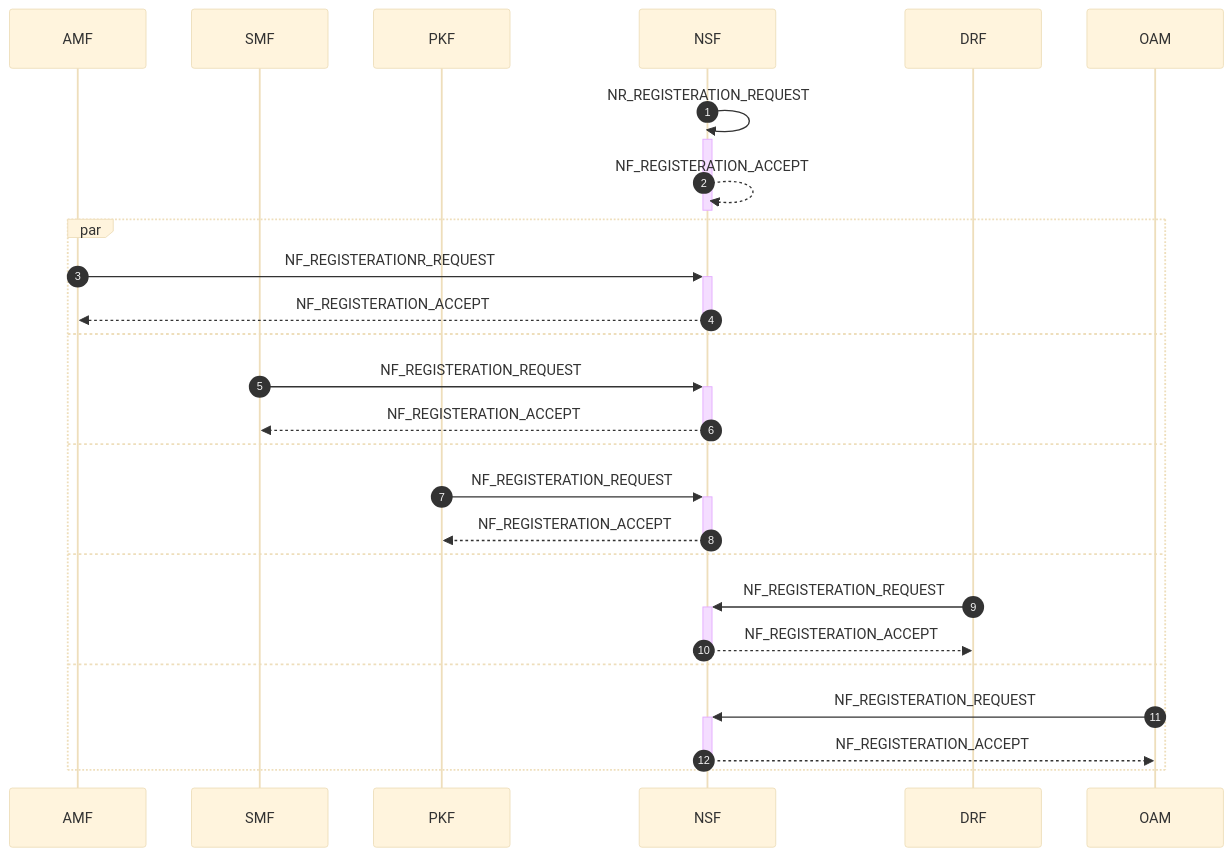
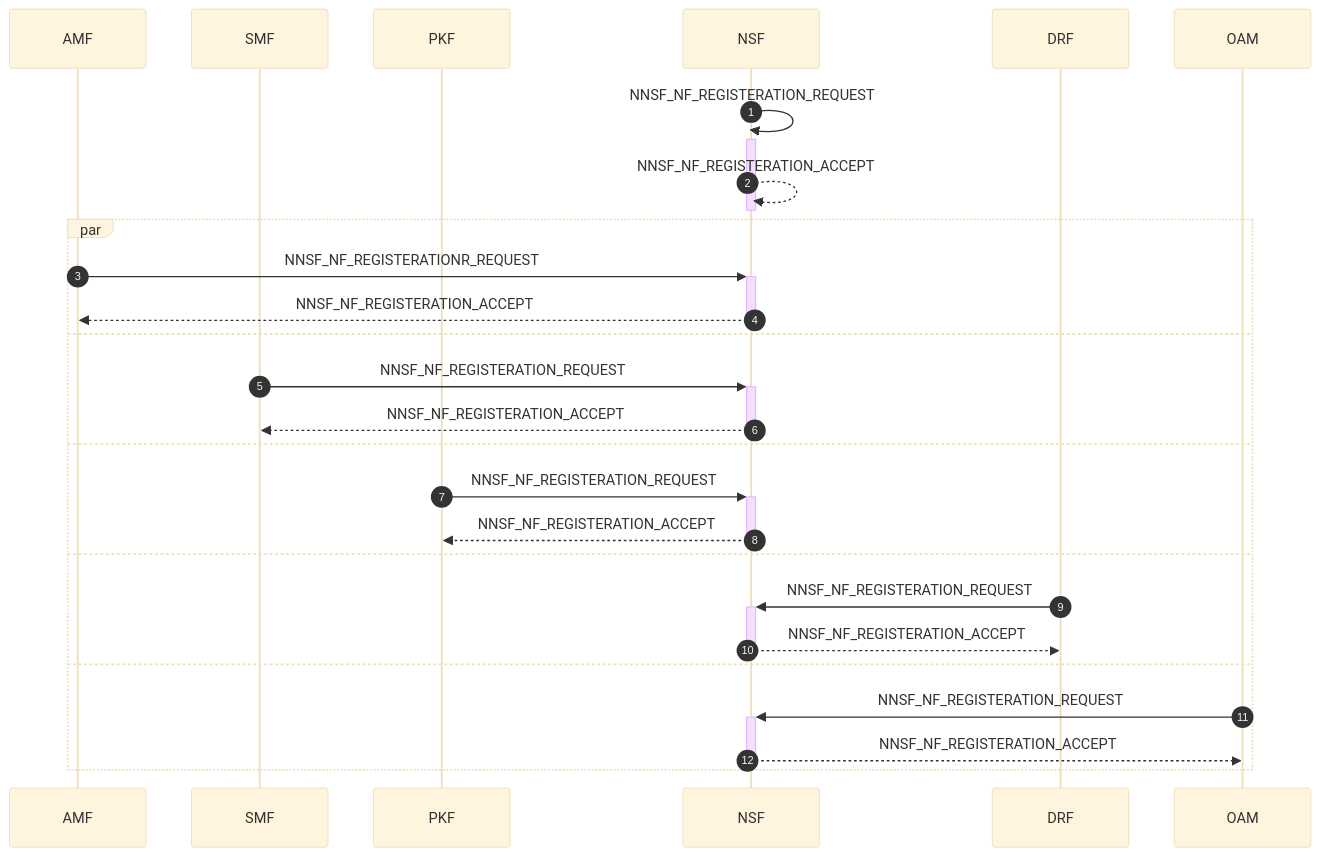
Before and after one commit to veil-link/veilink: the first of 8 diagrams in doc/doc-spec/00-series-general/00.002-procedure.md, drawn with Mermaid (base theme). The commit also changed other lines of this file and 1 other file, not shown here.

````diff
--- a/doc/doc-spec/00-series-general/00.002-procedure.md
+++ b/doc/doc-spec/00-series-general/00.002-procedure.md
@@ -7,31 +7,31 @@
 ```mermaid
 sequenceDiagram
     autonumber
 
     participant amf as AMF
     participant smf as SMF
     participant pkf as PKF
     participant nsf as NSF
     participant drf as DRF
     participant oam as OAM
 
-    nsf ->>+ nsf:NR_REGISTERATION_REQUEST
-    nsf -->>- nsf:NF_REGISTERATION_ACCEPT
+    nsf ->>+ nsf: NNSF_NF_REGISTERATION_REQUEST
+    nsf -->>- nsf: NNSF_NF_REGISTERATION_ACCEPT
 
     par
-        amf ->>+ nsf:NF_REGISTERATIONR_REQUEST
-        nsf -->>- amf:NF_REGISTERATION_ACCEPT
+        amf ->>+ nsf: NNSF_NF_REGISTERATIONR_REQUEST
+        nsf -->>- amf: NNSF_NF_REGISTERATION_ACCEPT
     and
-        smf ->>+ nsf:NF_REGISTERATION_REQUEST
-        nsf -->>- smf:NF_REGISTERATION_ACCEPT
+        smf ->>+ nsf: NNSF_NF_REGISTERATION_REQUEST
+        nsf -->>- smf: NNSF_NF_REGISTERATION_ACCEPT
     and
-        pkf ->>+ nsf:NF_REGISTERATION_REQUEST
-        nsf -->>- pkf:NF_REGISTERATION_ACCEPT
+        pkf ->>+ nsf: NNSF_NF_REGISTERATION_REQUEST
+        nsf -->>- pkf: NNSF_NF_REGISTERATION_ACCEPT
     and
-        drf ->>+ nsf:NF_REGISTERATION_REQUEST
-        nsf -->>- drf:NF_REGISTERATION_ACCEPT
+        drf ->>+ nsf: NNSF_NF_REGISTERATION_REQUEST
+        nsf -->>- drf: NNSF_NF_REGISTERATION_ACCEPT
     and
-        oam ->>+ nsf:NF_REGISTERATION_REQUEST
-        nsf -->>- oam:NF_REGISTERATION_ACCEPT
+        oam ->>+ nsf: NNSF_NF_REGISTERATION_REQUEST
+        nsf -->>- oam: NNSF_NF_REGISTERATION_ACCEPT
     end
 ```
````
